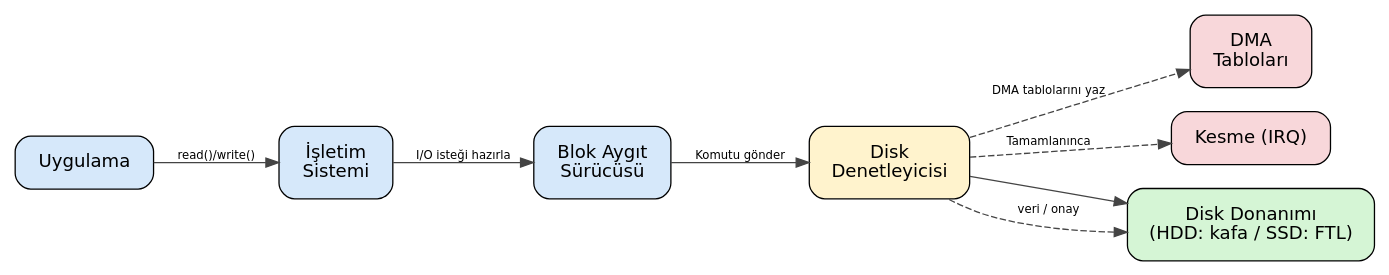
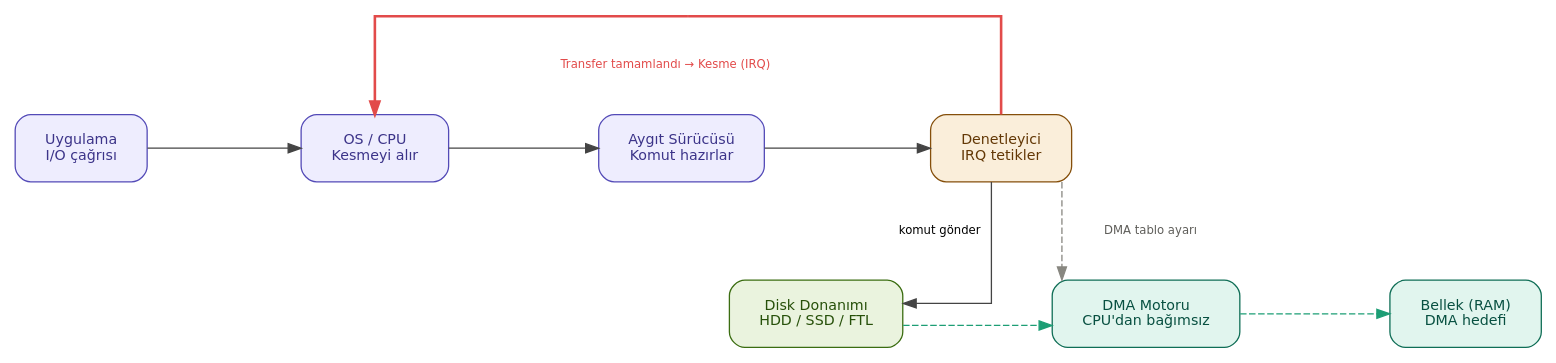
The second of 7 diagrams in docs/source/filesystem1.rst (KaanAslan/LinuxKernelBook), drawn with Graphviz before and after one commit. The commit also changed other lines of this file and 180 other files, not shown here.

```diff
--- a/docs/source/filesystem1.rst
+++ b/docs/source/filesystem1.rst
@@ -122,25 +115,61 @@
 .. graphviz::
 
    digraph dma_flow {
-       rankdir=LR;
-       node [shape=box, style="rounded,filled", fillcolor="#D6E8FA",
-             fontname="DejaVu Sans", margin="0.25,0.18"];
-       edge [fontname="DejaVu Sans", fontsize=9, color="#444444"];
+       rankdir=TB;
+       graph [splines=ortho, fontname="DejaVu Sans",
+              nodesep=0.8, ranksep=0.9];
+       node  [shape=box, style="rounded,filled", fontname="DejaVu Sans",
+              margin="0.32,0.20", fontsize=11];
+       edge  [fontname="DejaVu Sans", fontsize=9, color="#444444"];
 
-       App        [label="Uygulama"];
-       OS         [label="İşletim\nSistemi"];
-       Driver     [label="Blok Aygıt\nSürücüsü"];
-       Controller [label="Disk\nDenetleyicisi", fillcolor="#FFF3CD"];
-       DMA        [label="DMA\nTabloları",      fillcolor="#F8D7DA"];
-       IRQ        [label="Kesme (IRQ)",          fillcolor="#F8D7DA"];
-       Disk       [label="Disk Donanımı\n(HDD: kafa / SSD: FTL)",
-                   fillcolor="#D5F5D5"];
+       /* IRQ yayını üstten yönlendiren görünmez köprü */
+       IRQ_kpr [label="", shape=point, style=invis,
+                width=0.01, height=0.01, fixedsize=true];
 
-       App        -> OS         [label="read()/write()"];
-       OS         -> Driver     [label="I/O isteği hazırla"];
-       Driver     -> Controller [label="Komutu gönder"];
-       Controller -> DMA        [label="DMA tablolarını yaz", style=dashed];
-       Controller -> IRQ        [label="Tamamlanınca", style=dashed];
-       Controller -> Disk;
-       Disk       -> Controller [label="veri / onay", style=dashed, dir=back];
+       /* Üst katman: yazılım zinciri */
+       App        [label="Uygulama\nI/O çağrısı",
+                   fillcolor="#EEEDFE", color="#534AB7", fontcolor="#3C3489"];
+       CPU        [label="OS / CPU\nKesmeyi alır",
+                   fillcolor="#EEEDFE", color="#534AB7", fontcolor="#3C3489"];
+       Driver     [label="Aygıt Sürücüsü\nKomut hazırlar",
+                   fillcolor="#EEEDFE", color="#534AB7", fontcolor="#3C3489"];
+       Controller [label="Denetleyici\nIRQ tetikler",
+                   fillcolor="#FAEEDA", color="#854F0B", fontcolor="#633806"];
+
+       /* Alt katman: DMA donanımı */
+       Memory     [label="Bellek (RAM)\nDMA hedefi",
+                   fillcolor="#E1F5EE", color="#0F6E56", fontcolor="#085041"];
+       DMA        [label="DMA Motoru\nCPU'dan bağımsız",
+                   fillcolor="#E1F5EE", color="#0F6E56", fontcolor="#085041"];
+       Disk       [label="Disk Donanımı\nHDD / SSD / FTL",
+                   fillcolor="#EAF3DE", color="#3B6D11", fontcolor="#27500A"];
+
+       /* Sıra düzeni */
+       { rank=source; IRQ_kpr; }
+       { rank=same;   App; CPU; Driver; Controller; }
+       { rank=same;   Memory; DMA; Disk; }
+
+       /* 1. Komut zinciri */
+       App    -> CPU        [label="read()/write()"];
+       CPU    -> Driver     [label="I/O isteği"];
+       Driver -> Controller [label="komutu gönder"];
+
+       /* 2. Donanım komutları */
+       Controller -> Disk [label="komut gönder"];
+       Controller -> DMA  [label="DMA tablo ayarı",
+                            style=dashed, color="#888780",
+                            fontcolor="#5F5E5A"];
+
+       /* 3. Veri akışı (DMA, CPU katılmadan) */
+       Disk -> DMA    [label="veri aktarır",
+                        style=dashed, color="#1D9E75", fontcolor="#0F6E56"];
+       DMA  -> Memory [label="RAM'e yazar",
+                        style=dashed, color="#1D9E75", fontcolor="#0F6E56"];
+
+       /* 4. Kesme — IRQ_kpr üzerinden üstten kıvrılarak CPU'ya */
+       Controller -> IRQ_kpr [color="#E24B4A", penwidth=2.0,
+                               arrowhead=none, weight=0];
+       IRQ_kpr    -> CPU     [color="#E24B4A", penwidth=2.0,
+                               label="Transfer tamamlandı → Kesme (IRQ)",
+                               fontcolor="#E24B4A", weight=0];
    }
```
